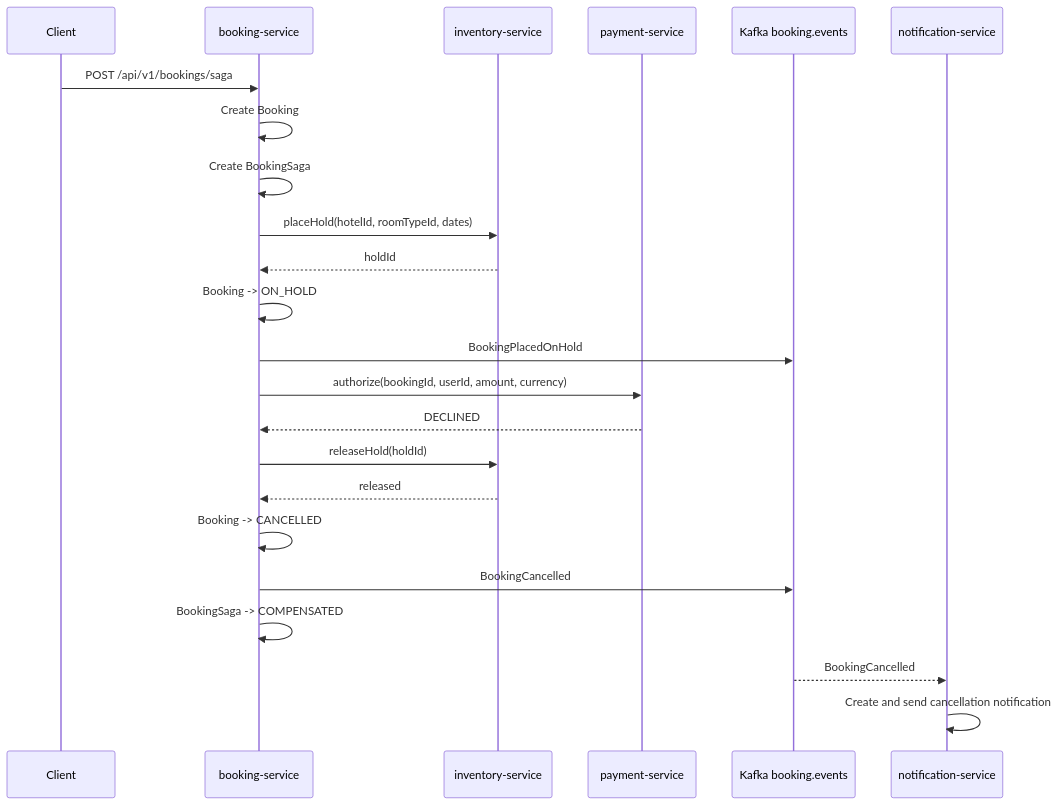
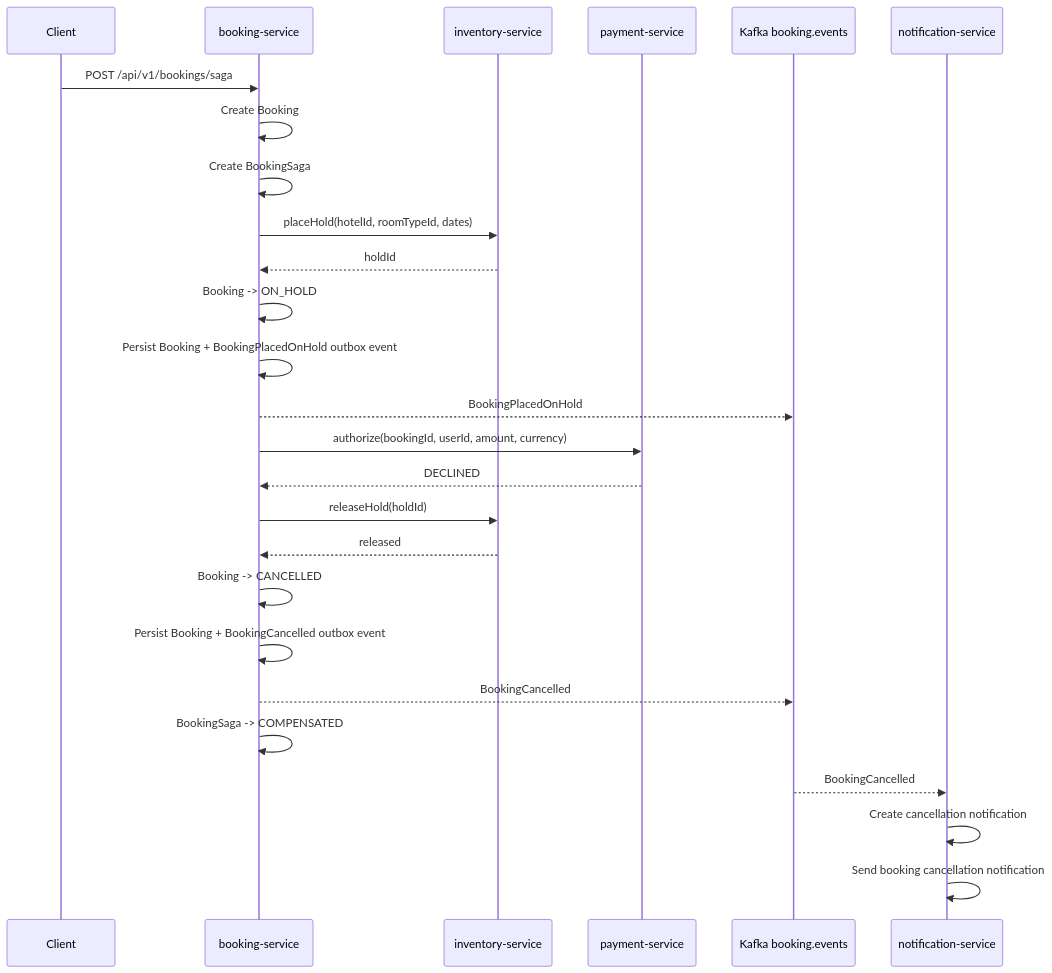
One commit to VolkovIO/hotelbooking changed the third of 6 diagrams in docs/booking-saga.md. Above: the diagram before and after it, drawn with Mermaid. The commit also changed other lines of this file, not shown here.

Commit message:
docs(booking): add booking saga diagrams

````diff
--- a/docs/booking-saga.md
+++ b/docs/booking-saga.md
@@ -85,32 +135,35 @@
 ```mermaid
 sequenceDiagram
     participant Client
     participant Booking as booking-service
     participant Inventory as inventory-service
     participant Payment as payment-service
     participant Kafka as Kafka booking.events
     participant Notification as notification-service
 
     Client->>Booking: POST /api/v1/bookings/saga
     Booking->>Booking: Create Booking
     Booking->>Booking: Create BookingSaga
 
     Booking->>Inventory: placeHold(hotelId, roomTypeId, dates)
     Inventory-->>Booking: holdId
 
     Booking->>Booking: Booking -> ON_HOLD
-    Booking->>Kafka: BookingPlacedOnHold
+    Booking->>Booking: Persist Booking + BookingPlacedOnHold outbox event
+    Booking-->>Kafka: BookingPlacedOnHold
 
     Booking->>Payment: authorize(bookingId, userId, amount, currency)
     Payment-->>Booking: DECLINED
 
     Booking->>Inventory: releaseHold(holdId)
     Inventory-->>Booking: released
 
     Booking->>Booking: Booking -> CANCELLED
-    Booking->>Kafka: BookingCancelled
+    Booking->>Booking: Persist Booking + BookingCancelled outbox event
+    Booking-->>Kafka: BookingCancelled
 
     Booking->>Booking: BookingSaga -> COMPENSATED
     Kafka-->>Notification: BookingCancelled
-    Notification->>Notification: Create and send cancellation notification
+    Notification->>Notification: Create cancellation notification
+    Notification->>Notification: Send booking cancellation notification
 ```
````
